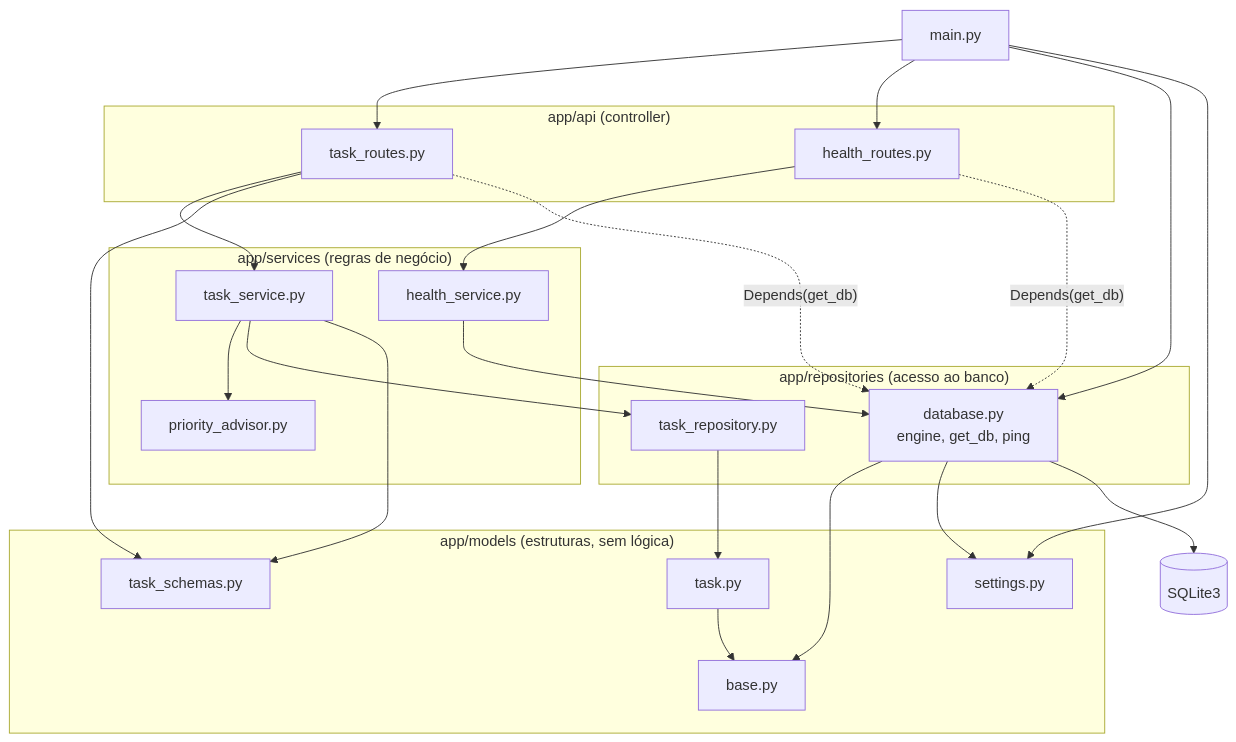
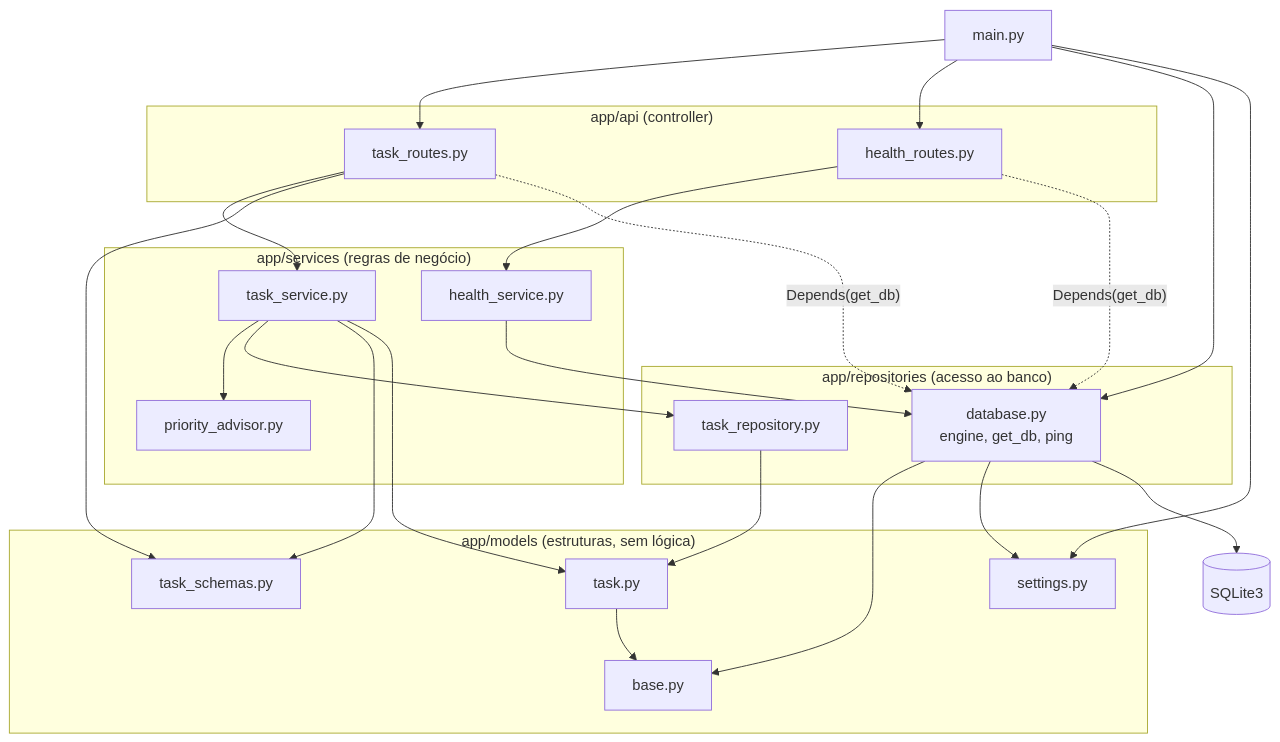
One commit to luisZsiqueira/laboratorio-projeto changed the first of 6 diagrams in docs/arquitetura.md. Above: the diagram before and after it, drawn with Mermaid. The commit also changed other lines of this file and 8 other files, not shown here.

First line of the commit message:
docs: atualiza os diagramas Mermaid e adiciona o catálogo docs/mermaid.md

````diff
--- a/docs/arquitetura.md
+++ b/docs/arquitetura.md
@@ -23,52 +23,53 @@
 ```mermaid
 flowchart TD
     main["main.py"]
 
     subgraph api["app/api (controller)"]
         task_routes["task_routes.py"]
         health_routes["health_routes.py"]
     end
 
     subgraph services["app/services (regras de negócio)"]
         task_service["task_service.py"]
         priority_advisor["priority_advisor.py"]
         health_service["health_service.py"]
     end
 
     subgraph repositories["app/repositories (acesso ao banco)"]
         task_repository["task_repository.py"]
         database["database.py<br/>engine, get_db, ping"]
     end
 
     subgraph models["app/models (estruturas, sem lógica)"]
         task_schemas["task_schemas.py"]
         task["task.py"]
         base["base.py"]
         settings["settings.py"]
     end
 
     db[("SQLite3")]
 
     main --> task_routes
     main --> health_routes
     main --> database
     main --> settings
 
     task_routes --> task_service
     task_routes --> task_schemas
     health_routes --> health_service
     task_routes -.->|"Depends(get_db)"| database
     health_routes -.->|"Depends(get_db)"| database
 
     task_service --> priority_advisor
     task_service --> task_repository
     task_service --> task_schemas
+    task_service --> task
     health_service --> database
 
     task_repository --> task
     database --> base
     database --> settings
     task --> base
 
     database --> db
 ```
````
